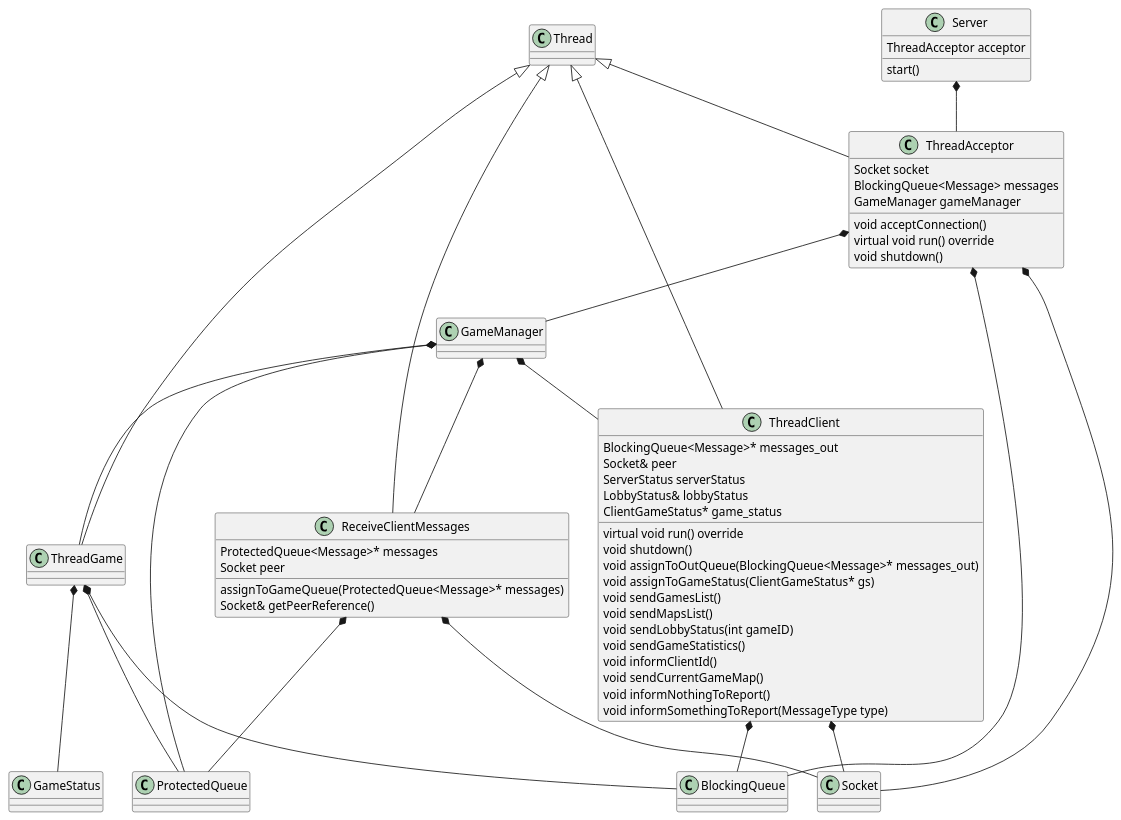
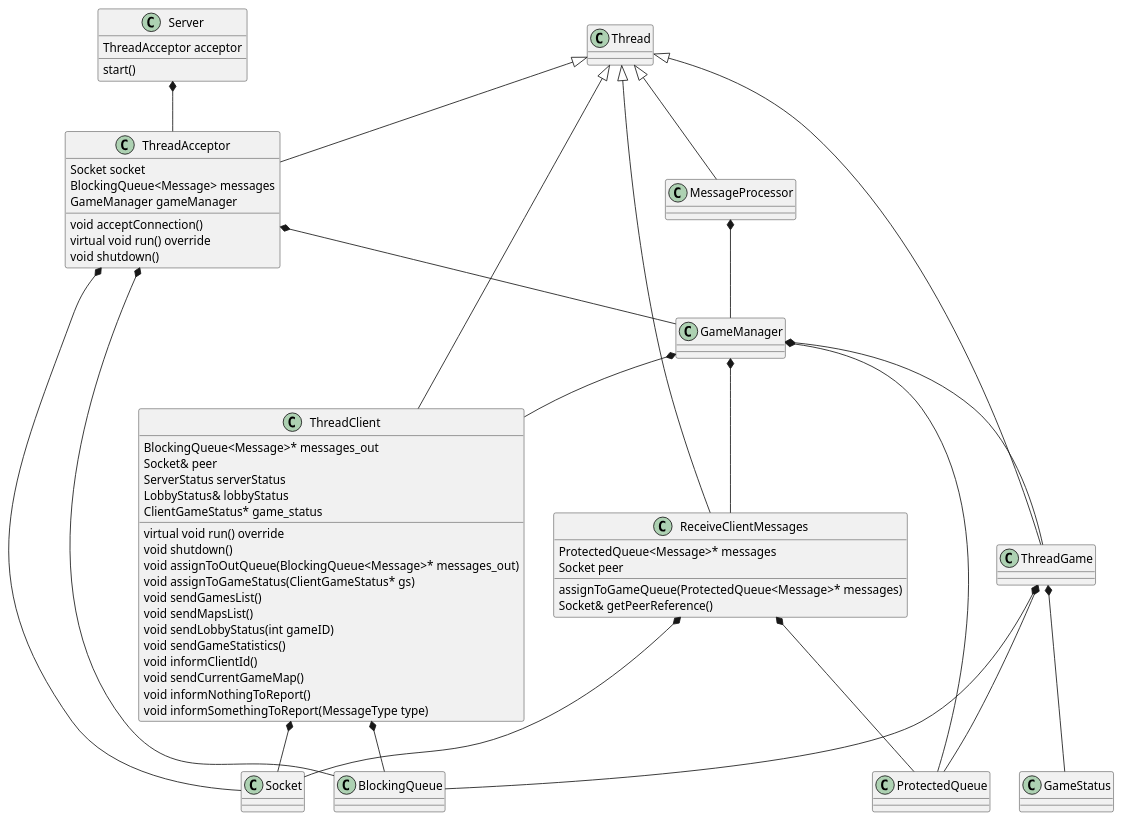
One commit to PBrrtrn/75.42-TP-grupal changed the diagram in uml/server_generic_uml.puml. Above: the diagram before and after it, drawn with PlantUML. The commit also changed 7 other files, not shown here.

Commit message:
uml update

```diff
--- a/uml/server_generic_uml.puml
+++ b/uml/server_generic_uml.puml
@@ -1,72 +1,76 @@
 @startuml uml
 
 class ReceiveClientMessages
 class ThreadAcceptor 
 class ThreadClient 
 class ThreadGame
 class Thread
+class MessageProcessor
 class GameManager
 class ProtectedQueue
 class BlockingQueue
 class Server
 class Socket
 
 Server : ThreadAcceptor acceptor
 Server : start()
 
 ReceiveClientMessages : ProtectedQueue<Message>* messages
 ReceiveClientMessages : Socket peer
 ReceiveClientMessages : assignToGameQueue(ProtectedQueue<Message>* messages)
 ReceiveClientMessages : Socket& getPeerReference()
 
 ThreadAcceptor : Socket socket
 ThreadAcceptor : BlockingQueue<Message> messages
 ThreadAcceptor : GameManager gameManager
 ThreadAcceptor : void acceptConnection()
 ThreadAcceptor : virtual void run() override
 ThreadAcceptor : void shutdown()
 
 ThreadClient : BlockingQueue<Message>* messages_out
 ThreadClient : Socket& peer
 ThreadClient : ServerStatus serverStatus
 ThreadClient : LobbyStatus& lobbyStatus
 ThreadClient : ClientGameStatus* game_status
 ThreadClient : virtual void run() override
 ThreadClient : void shutdown()
 ThreadClient : void assignToOutQueue(BlockingQueue<Message>* messages_out)
 ThreadClient : void assignToGameStatus(ClientGameStatus* gs)
 ThreadClient : void sendGamesList()
 ThreadClient : void sendMapsList()
 ThreadClient : void sendLobbyStatus(int gameID)
 ThreadClient : void sendGameStatistics()
 ThreadClient : void informClientId()
 ThreadClient : void sendCurrentGameMap()
 ThreadClient : void informNothingToReport()
 ThreadClient : void informSomethingToReport(MessageType type)
 
 Server *-- ThreadAcceptor
 ThreadAcceptor *-- Socket
 ThreadAcceptor *-- BlockingQueue
 ThreadAcceptor *-- GameManager
 
 GameManager *-- ProtectedQueue
 GameManager *-- ThreadGame
 GameManager *-- ReceiveClientMessages
 GameManager *-- ThreadClient
 
+MessageProcessor *-- GameManager
+
 ReceiveClientMessages *-- ProtectedQueue
 ReceiveClientMessages *-- Socket
 
 ThreadGame *-- ProtectedQueue
 ThreadGame *-- BlockingQueue
 ThreadGame *-- GameStatus
 
 ThreadClient *-- BlockingQueue
 ThreadClient *-- Socket
 
 Thread <|-- ThreadClient
 Thread <|-- ThreadGame
 Thread <|-- ThreadAcceptor
 Thread <|-- ReceiveClientMessages
+Thread <|-- MessageProcessor
 
 @enduml
```
